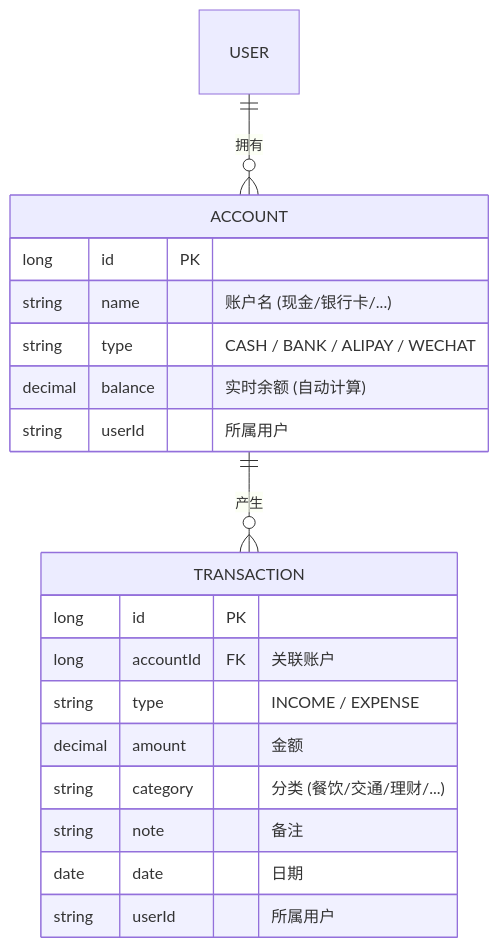
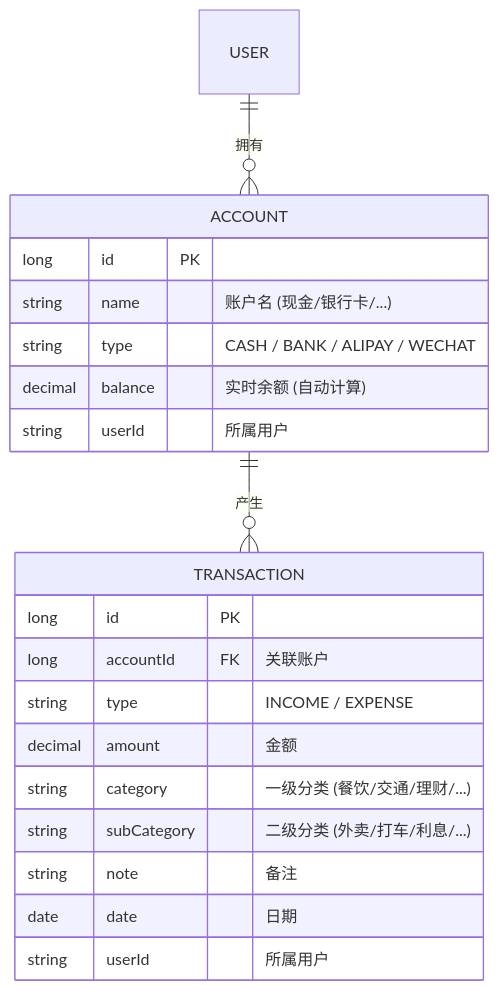
One commit to reallyhwc/test-learn-agent changed the fourth of 6 diagrams in README.md. Above: the diagram before and after it, drawn with Mermaid. The commit also changed other lines of this file and 1 other file, not shown here.

````diff
--- a/README.md
+++ b/README.md
@@ -134,24 +158,25 @@
 ```mermaid
 erDiagram
     USER ||--o{ ACCOUNT : "拥有"
     ACCOUNT ||--o{ TRANSACTION : "产生"
     
     ACCOUNT {
         long id PK
         string name "账户名 (现金/银行卡/...)"
         string type "CASH / BANK / ALIPAY / WECHAT"
         decimal balance "实时余额 (自动计算)"
         string userId "所属用户"
     }
     
     TRANSACTION {
         long id PK
         long accountId FK "关联账户"
         string type "INCOME / EXPENSE"
         decimal amount "金额"
-        string category "分类 (餐饮/交通/理财/...)"
+        string category "一级分类 (餐饮/交通/理财/...)"
+        string subCategory "二级分类 (外卖/打车/利息/...)"
         string note "备注"
         date date "日期"
         string userId "所属用户"
     }
 ```
````
